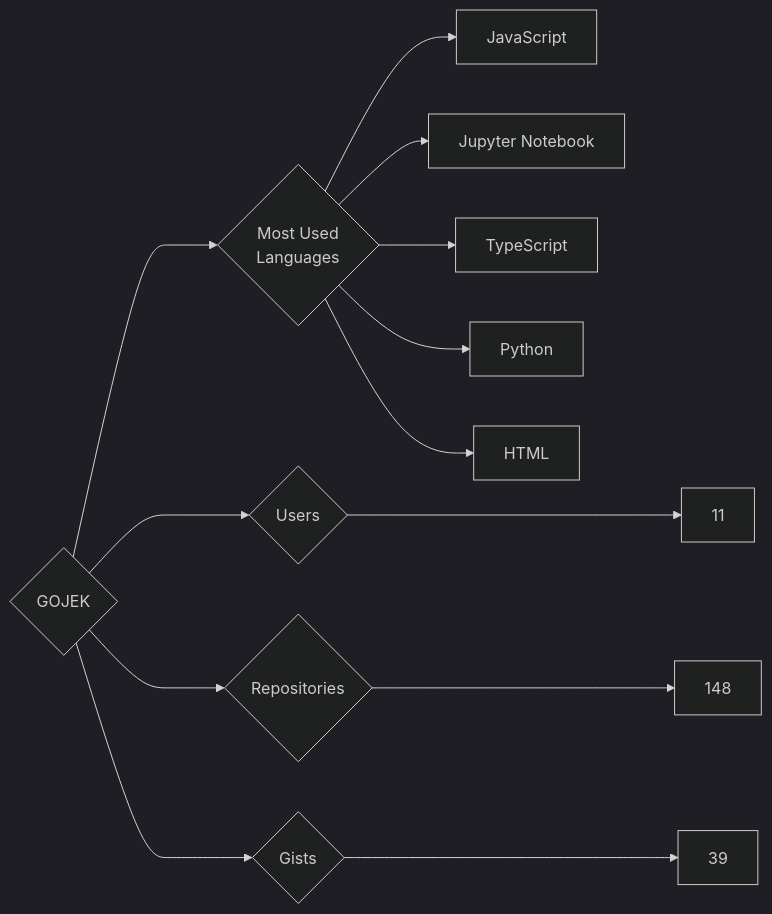
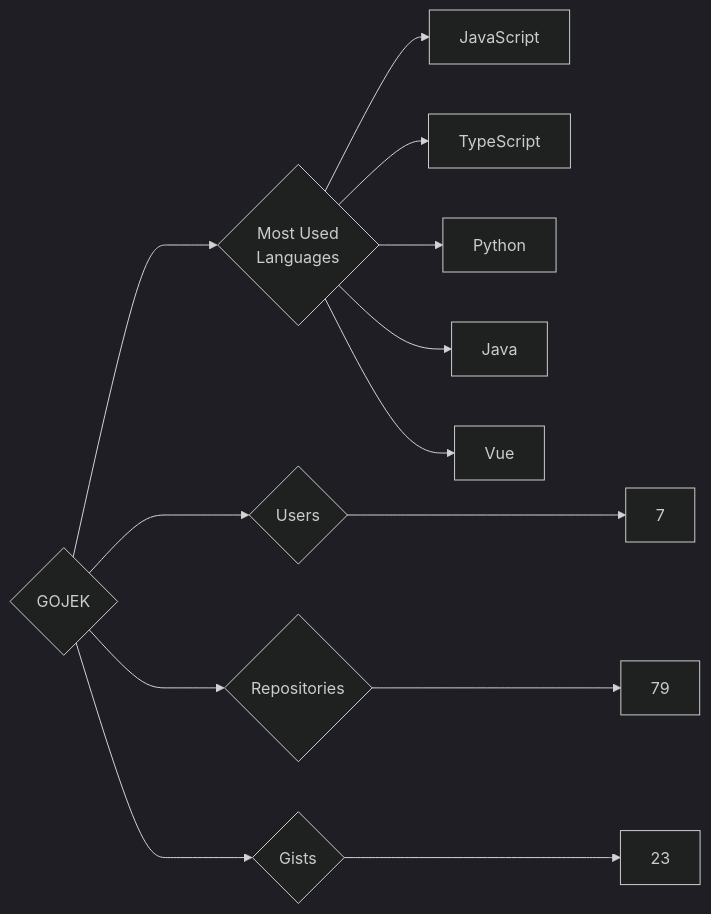
One commit to trickest/insiders changed the diagram in targets/GOJEK/README.md. Above: the diagram before and after it, drawn with Mermaid (dark theme). The commit also changed 985 other files, not shown here.

````diff
--- a/targets/GOJEK/README.md
+++ b/targets/GOJEK/README.md
@@ -3,13 +3,13 @@
 ```mermaid
 graph LR
 COMPANY_NAME{GOJEK}
-COMPANY_NAME ---> U{Users} ---> UN[11]
-COMPANY_NAME ---> R{Repositories} ---> RN[148]
-COMPANY_NAME ---> G{Gists} ---> GN[39]
+COMPANY_NAME ---> U{Users} ---> UN[7]
+COMPANY_NAME ---> R{Repositories} ---> RN[79]
+COMPANY_NAME ---> G{Gists} ---> GN[23]
 COMPANY_NAME ---> ML{Most Used<br>Languages}
 ML --> JavaScript[JavaScript]
-ML --> Jupyter_Notebook[Jupyter Notebook]
 ML --> TypeScript[TypeScript]
 ML --> Python[Python]
-ML --> HTML[HTML]
+ML --> Java[Java]
+ML --> Vue[Vue]
 ```
````
